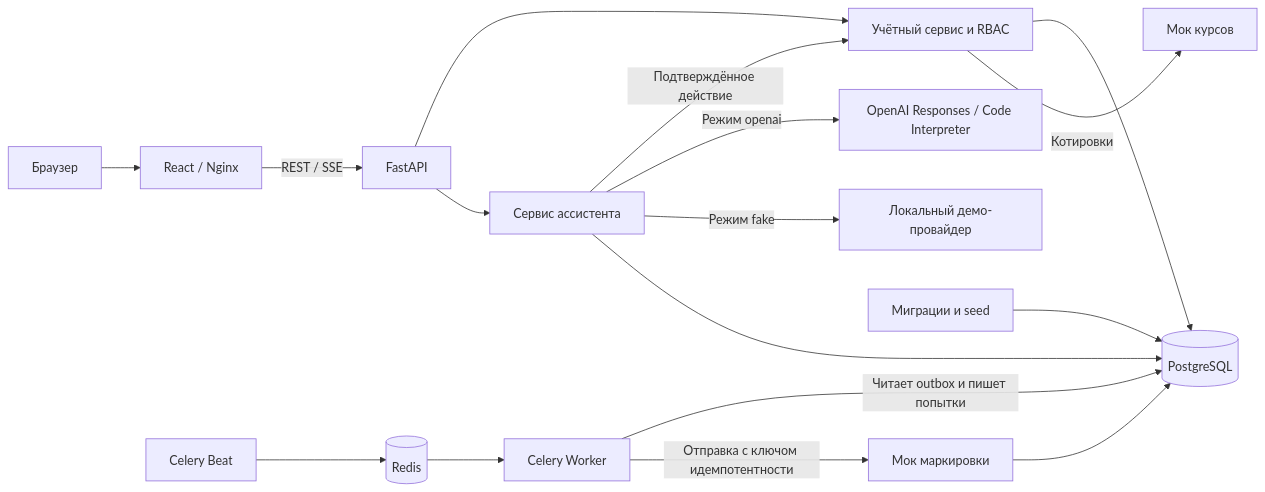
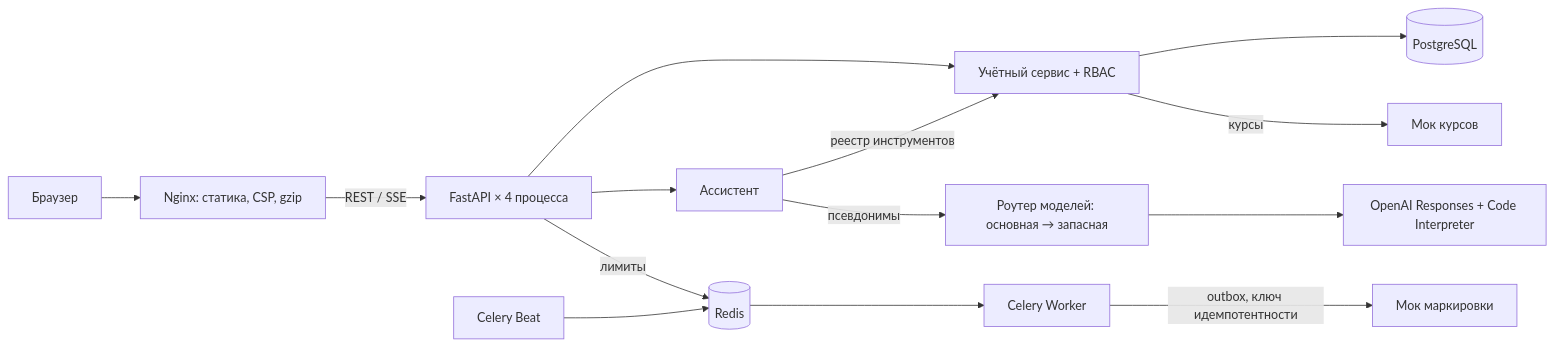
Before and after one commit to Makhaev/candleflow-ai: the diagram in README.md, drawn with Mermaid. The commit also changed other lines of this file and 42 other files, not shown here.

````diff
--- a/README.md
+++ b/README.md
@@ -9,19 +72,15 @@
 ```mermaid
 flowchart LR
-    Browser["Браузер"] --> Web["React / Nginx"]
-    Web -->|"REST / SSE"| API["FastAPI"]
-    API --> Inventory["Учётный сервис и RBAC"]
-    API --> Chat["Сервис ассистента"]
-    Chat -->|"Подтверждённое действие"| Inventory
-    Chat -->|"Режим openai"| OpenAI["OpenAI Responses / Code Interpreter"]
-    Chat -->|"Режим fake"| Fake["Локальный демо-провайдер"]
-    Chat --> PG[("PostgreSQL")]
-    Inventory --> PG
-    Inventory -->|"Котировки"| Rates["Мок курсов"]
-    Init["Миграции и seed"] --> PG
-    Beat["Celery Beat"] --> Redis[("Redis")]
-    Redis --> Worker["Celery Worker"]
-    Worker -->|"Читает outbox и пишет попытки"| PG
-    Worker -->|"Отправка с ключом идемпотентности"| Marking["Мок маркировки"]
-    Marking --> PG
+    Browser["Браузер"] --> Nginx["Nginx: статика, CSP, gzip"]
+    Nginx -->|"REST / SSE"| API["FastAPI × 4 процесса"]
+    API --> Service["Учётный сервис + RBAC"]
+    API --> Assistant["Ассистент"]
+    Assistant -->|"реестр инструментов"| Service
+    Assistant -->|"псевдонимы"| Router["Роутер моделей: основная → запасная"]
+    Router --> OpenAI["OpenAI Responses + Code Interpreter"]
+    Service --> PG[("PostgreSQL")]
+    API -->|"лимиты"| Redis[("Redis")]
+    Beat["Celery Beat"] --> Redis --> Worker["Celery Worker"]
+    Worker -->|"outbox, ключ идемпотентности"| Marking["Мок маркировки"]
+    Service -->|"курсы"| Rates["Мок курсов"]
 ```
````
